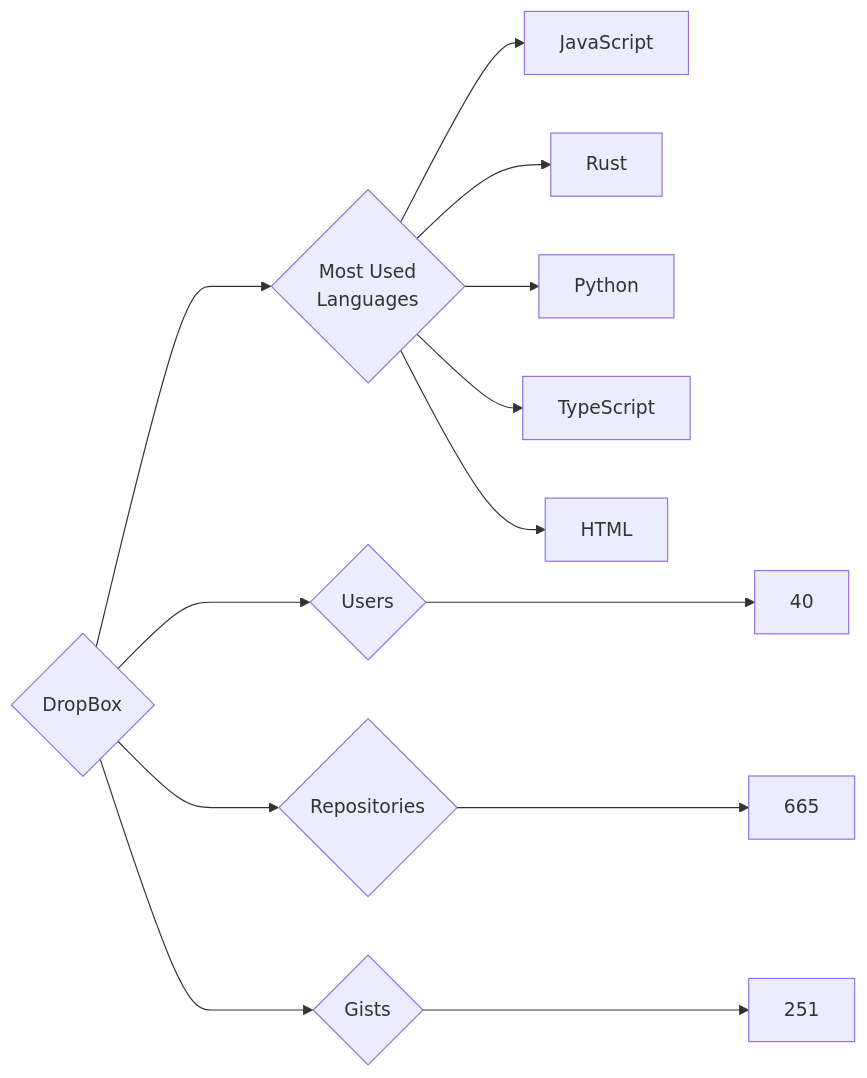
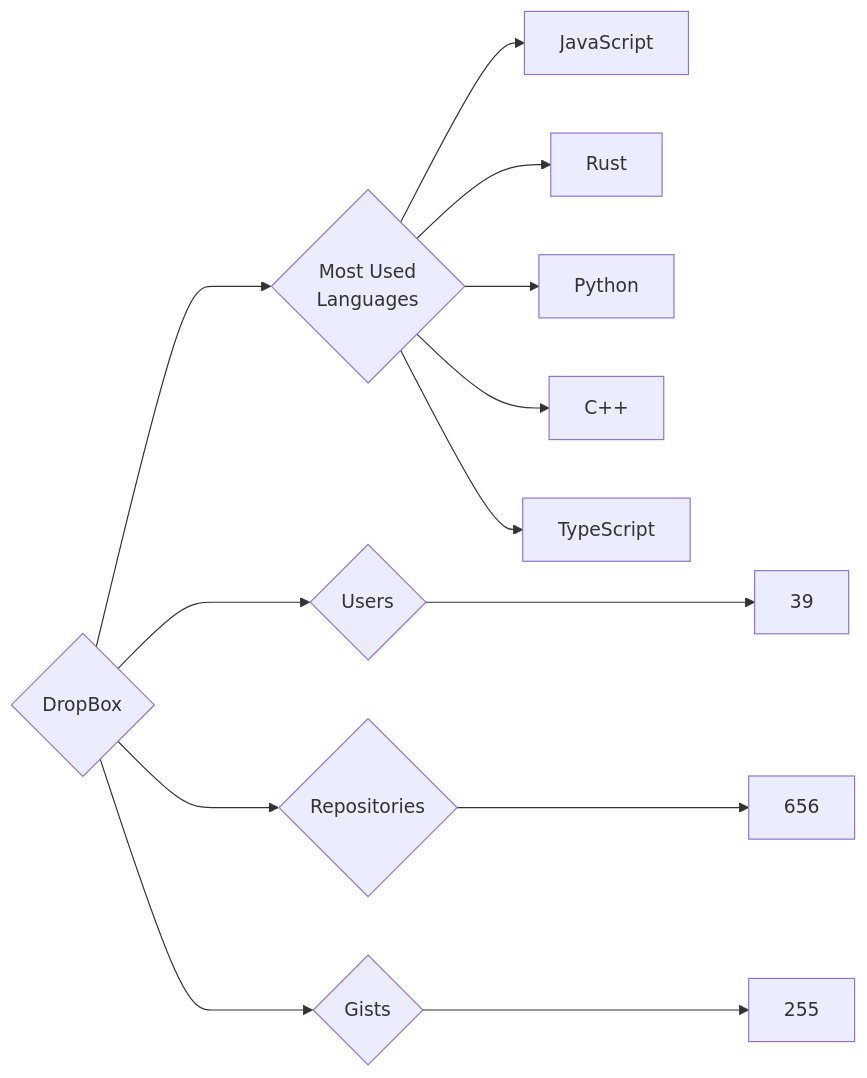
One commit to trickest/insiders changed the diagram in targets/DropBox/README.md. Above: the diagram before and after it, drawn with Mermaid. The commit also changed 1238 other files, not shown here.

````diff
--- a/targets/DropBox/README.md
+++ b/targets/DropBox/README.md
@@ -3,13 +3,13 @@
 ```mermaid
 graph LR
 COMPANY_NAME{DropBox}
-COMPANY_NAME ---> U{Users} ---> UN[40]
-COMPANY_NAME ---> R{Repositories} ---> RN[665]
-COMPANY_NAME ---> G{Gists} ---> GN[251]
+COMPANY_NAME ---> U{Users} ---> UN[39]
+COMPANY_NAME ---> R{Repositories} ---> RN[656]
+COMPANY_NAME ---> G{Gists} ---> GN[255]
 COMPANY_NAME ---> ML{Most Used<br>Languages}
 ML --> JavaScript[JavaScript]
 ML --> Rust[Rust]
 ML --> Python[Python]
+ML --> C++[C++]
 ML --> TypeScript[TypeScript]
-ML --> HTML[HTML]
 ```
````
